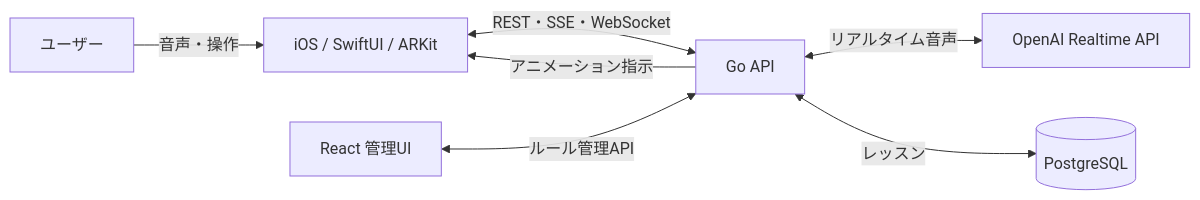
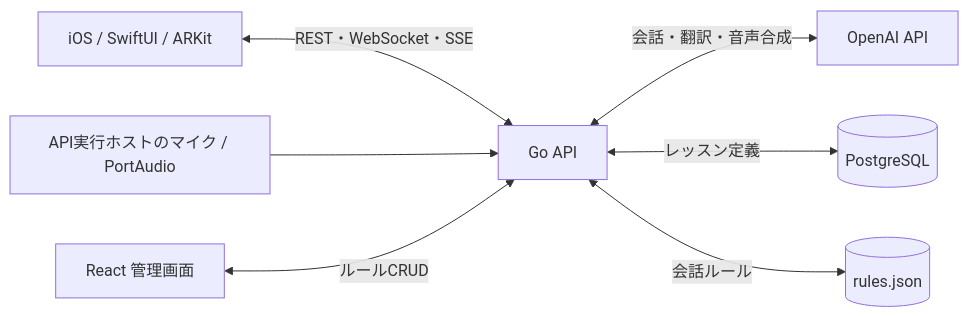
One commit to furupuraofficial/tale-portfolio changed the diagram in README.md. Above: the diagram before and after it, drawn with Mermaid. The commit also changed other lines of this file and 4 other files, not shown here.

Commit message:
feat: UML図とER図の追加

````diff
--- a/README.md
+++ b/README.md
@@ -16,9 +16,9 @@
 ```mermaid
 flowchart LR
-    User[ユーザー] -->|音声・操作| IOS[iOS / SwiftUI / ARKit]
-    IOS <-->|REST・SSE・WebSocket| API[Go API]
-    API <-->|リアルタイム音声| OpenAI[OpenAI Realtime API]
-    API <-->|レッスン| DB[(PostgreSQL)]
-    Admin[React 管理UI] <-->|ルール管理API| API
-    API -->|アニメーション指示| IOS
+    IOS[iOS / SwiftUI / ARKit] <-->|REST・WebSocket・SSE| API[Go API]
+    MIC[API実行ホストのマイク / PortAudio] --> API
+    API <-->|会話・翻訳・音声合成| AI[OpenAI API]
+    API <-->|レッスン定義| DB[(PostgreSQL)]
+    ADMIN[React 管理画面] <-->|ルールCRUD| API
+    API <-->|会話ルール| RULES[(rules.json)]
 ```
````
